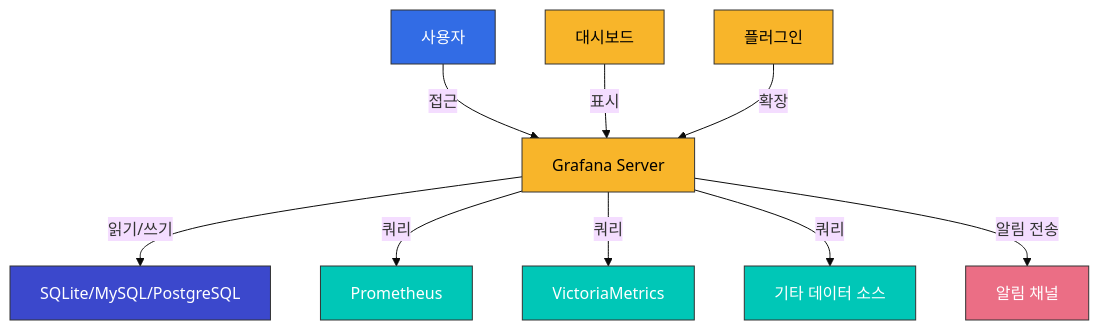
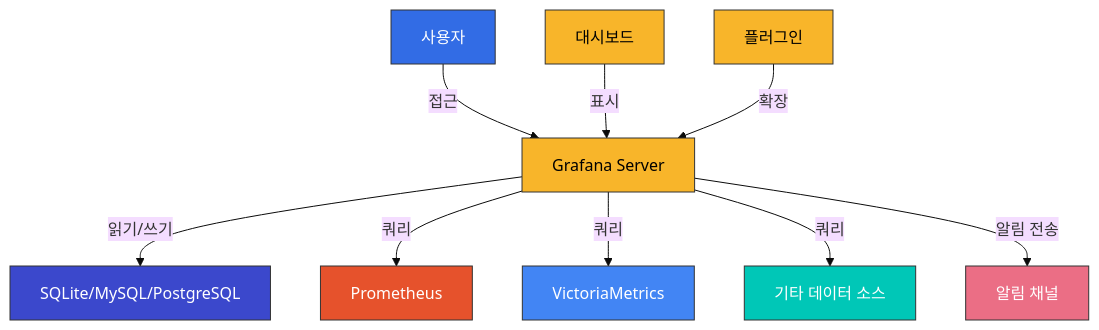
The fourth of 4 diagrams in tools/07-monitoring-stack.md (Atom-oh/kubernetes-docs), drawn with Mermaid (base theme) before and after one commit. The commit also changed other lines of this file, not shown here.

Commit message:
Improve monitoring stack diagrams with standardized styling

````diff
--- a/tools/07-monitoring-stack.md
+++ b/tools/07-monitoring-stack.md
@@ -702,37 +702,41 @@
 ```mermaid
 flowchart TD
     %% 노드 정의
     A[Grafana Server]
     B[SQLite/MySQL/PostgreSQL]
     C[Prometheus]
     D[VictoriaMetrics]
     E[기타 데이터 소스]
     F[사용자]
     G[대시보드]
     H[플러그인]
     I[알림 채널]
     
     %% 연결 정의
     A -->|읽기/쓰기| B
     A -->|쿼리| C
     A -->|쿼리| D
     A -->|쿼리| E
     F -->|접근| A
     G -->|표시| A
     H -->|확장| A
     A -->|알림 전송| I
     
     %% 스타일 적용
-    classDef grafanaCore fill:#F8B52A,stroke:#333,stroke-width:1px,color:black
-    classDef dataSource fill:#00C7B7,stroke:#333,stroke-width:1px,color:white
-    classDef storage fill:#3B48CC,stroke:#333,stroke-width:1px,color:white
-    classDef user fill:#326CE5,stroke:#333,stroke-width:1px,color:white
+    classDef grafana fill:#F8B52A,stroke:#333,stroke-width:1px,color:black
+    classDef dataStore fill:#3B48CC,stroke:#333,stroke-width:1px,color:white
+    classDef prometheusComponent fill:#E6522C,stroke:#333,stroke-width:1px,color:white
+    classDef victoriaMetrics fill:#4285F4,stroke:#333,stroke-width:1px,color:white
+    classDef userApp fill:#00C7B7,stroke:#333,stroke-width:1px,color:white
+    classDef k8sComponent fill:#326CE5,stroke:#333,stroke-width:1px,color:white
     classDef alerting fill:#EB6E85,stroke:#333,stroke-width:1px,color:white
     
     %% 클래스 적용
-    class A,G,H grafanaCore
-    class B storage
-    class C,D,E dataSource
-    class F user
+    class A,G,H grafana
+    class B dataStore
+    class C prometheusComponent
+    class D victoriaMetrics
+    class E userApp
+    class F k8sComponent
     class I alerting
 ```
````
